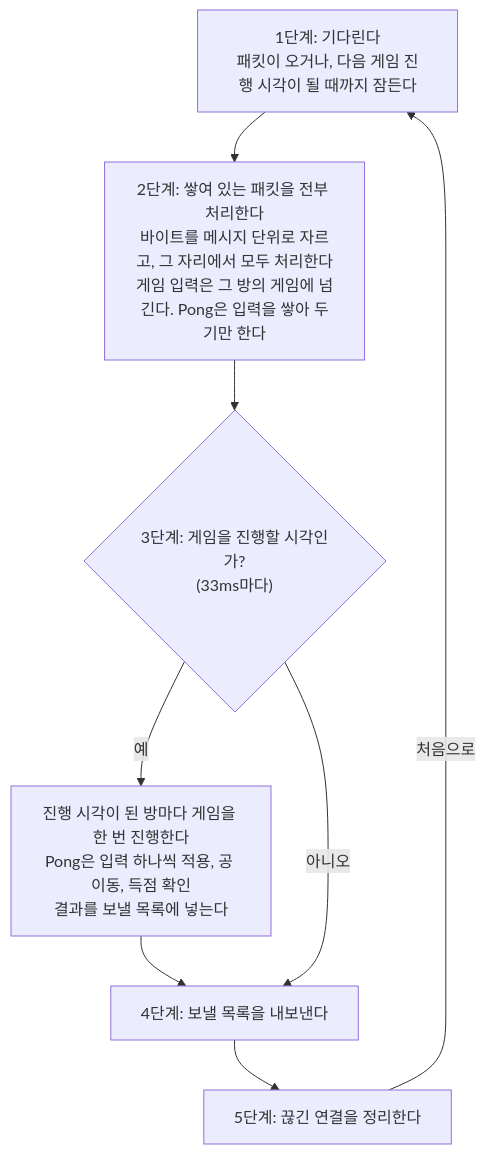
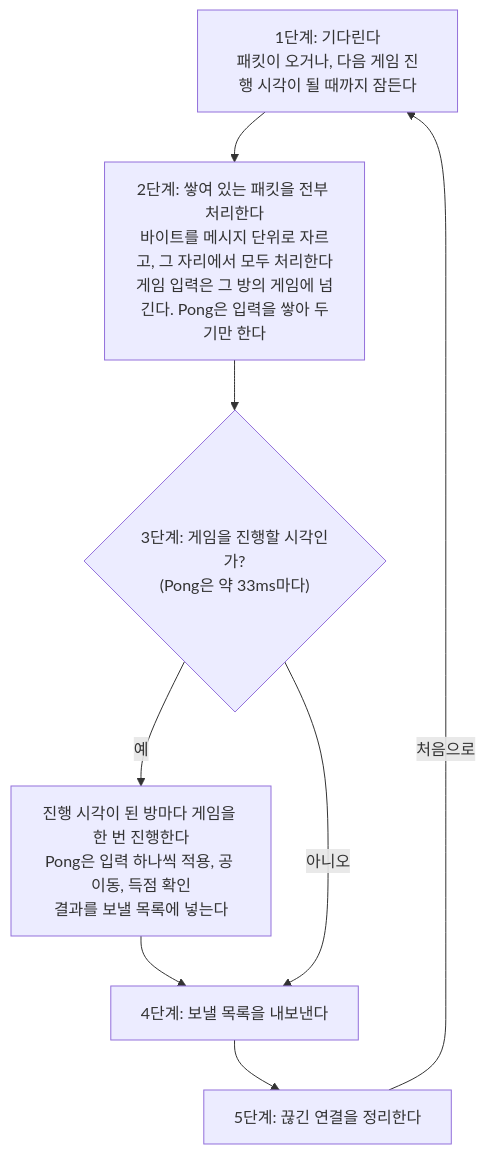
The second of 4 diagrams in docs/overview.md (JustForLabor/Relay-Server-Practice), drawn with Mermaid before and after one commit. The commit also changed other lines of this file and 79 other files, not shown here.

````diff
--- a/docs/overview.md
+++ b/docs/overview.md
@@ -138,14 +138,14 @@
 ```mermaid
 flowchart TB
     s1["1단계: 기다린다<br/>패킷이 오거나, 다음 게임 진행 시각이 될 때까지 잠든다"]
     s2["2단계: 쌓여 있는 패킷을 전부 처리한다<br/>바이트를 메시지 단위로 자르고, 그 자리에서 모두 처리한다<br/>게임 입력은 그 방의 게임에 넘긴다. Pong은 입력을 쌓아 두기만 한다"]
-    s3{"3단계: 게임을 진행할 시각인가?<br/>(33ms마다)"}
+    s3{"3단계: 게임을 진행할 시각인가?<br/>(Pong은 약 33ms마다)"}
     s4["진행 시각이 된 방마다 게임을 한 번 진행한다<br/>Pong은 입력 하나씩 적용, 공 이동, 득점 확인<br/>결과를 보낼 목록에 넣는다"]
     s5["4단계: 보낼 목록을 내보낸다"]
     s6["5단계: 끊긴 연결을 정리한다"]
     s1 --> s2 --> s3
     s3 -->|예| s4 --> s5
     s3 -->|아니오| s5
     s5 --> s6
     s6 -->|처음으로| s1
 ```
````
